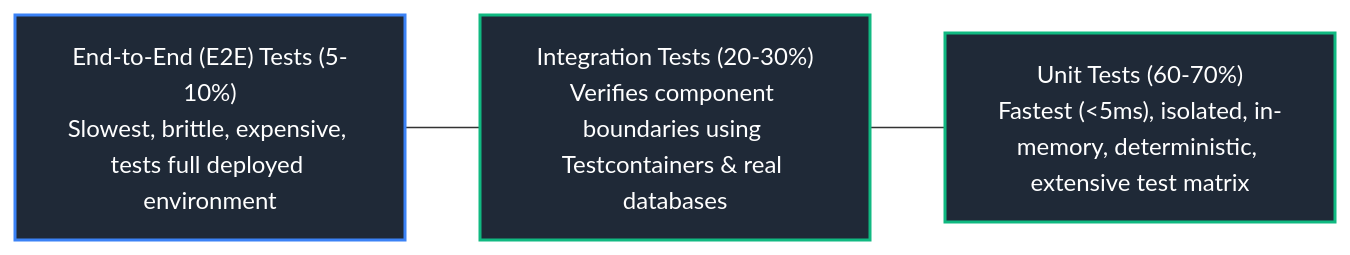
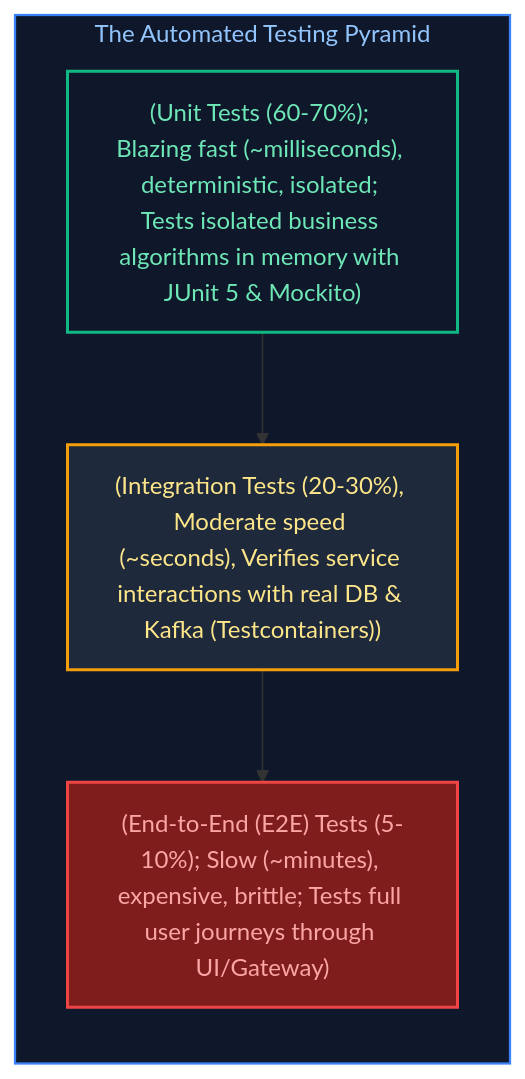
The second of 5 diagrams in Java Backend Engineering/14_testing_observability_performance_production_engineering.md (joydeep-biswas/Interview-Preparation), drawn with Mermaid before and after one commit. The commit also changed other lines of this file and 143 other files, not shown here.

````diff
--- a/Java Backend Engineering/14_testing_observability_performance_production_engineering.md
+++ b/Java Backend Engineering/14_testing_observability_performance_production_engineering.md
@@ -119,13 +124,16 @@
 ```mermaid
-flowchart LR
-    E2E["End-to-End (E2E) Tests (5-10%)<br/>Slowest, brittle, expensive, tests full deployed environment"]
-    Integration["Integration Tests (20-30%)<br/>Verifies component boundaries using Testcontainers & real databases"]
-    Unit["Unit Tests (60-70%)<br/>Fastest (<5ms), isolated, in-memory, deterministic, extensive test matrix"]
+flowchart TD
+    subgraph Pyramid ["The Automated Testing Pyramid"]
+        direction TB
+        E2E["(End-to-End (E2E) Tests (5-10%); Slow (~minutes), expensive, brittle; Tests full user journeys through UI/Gateway)"]
+        Integration["(Integration Tests (20-30%), Moderate speed (~seconds), Verifies service interactions with real DB & Kafka (Testcontainers))"]
+        Unit["(Unit Tests (60-70%); Blazing fast (~milliseconds), deterministic, isolated; Tests isolated business algorithms in memory with JUnit 5 & Mockito)"]
+    end
 
-    E2E --- Integration
-    Integration --- Unit
+    Unit --> Integration --> E2E
 
-    style E2E fill:#1f2937,stroke:#3b82f6,stroke-width:2px,color:#fff
-    style Integration fill:#1f2937,stroke:#10b981,stroke-width:2px,color:#fff
-    style Unit fill:#1f2937,stroke:#10b981,stroke-width:2px,color:#fff
+    style Pyramid fill:#0f172a,stroke:#3b82f6,stroke-width:1.5px,color:#93c5fd
+    style Unit fill:#0f172a,stroke:#10b981,stroke-width:2px,color:#6ee7b7
+    style Integration fill:#1e293b,stroke:#f59e0b,stroke-width:2px,color:#fde68a
+    style E2E fill:#7f1d1d,stroke:#ef4444,stroke-width:2px,color:#fca5a5
 ```
````
